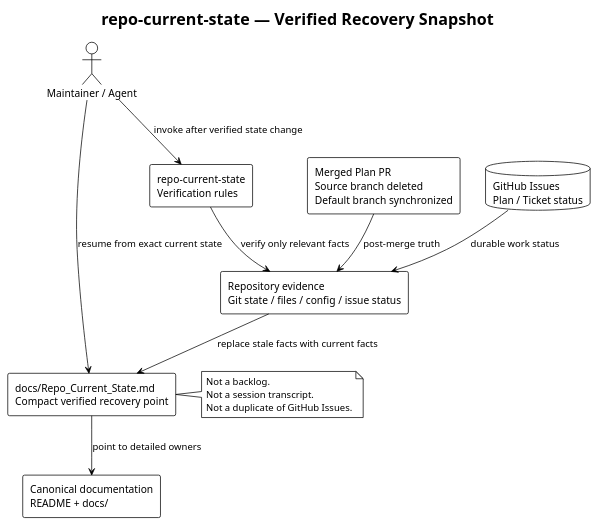
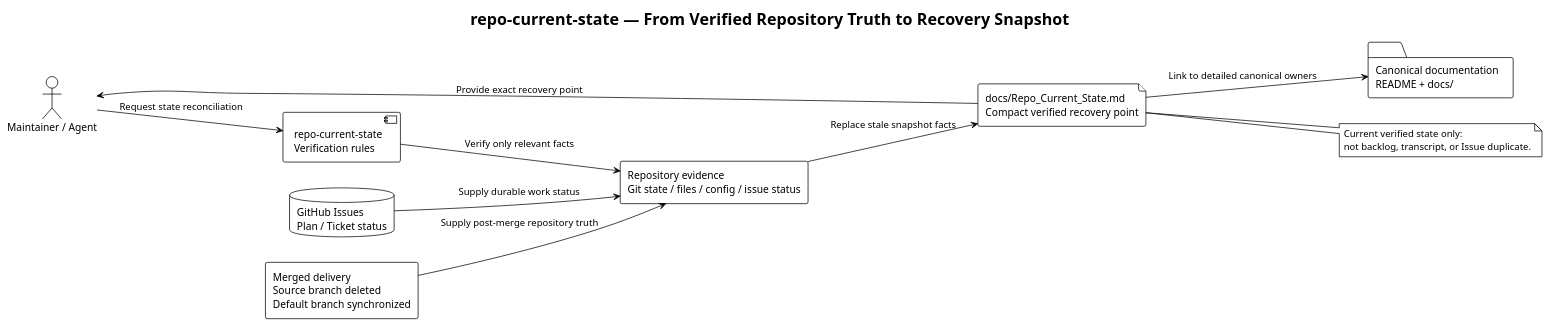
The diagram in docs/skills/repo-current-state/diagrams/repository-state.puml (i-zrhe2016/codex-development-workflow), drawn with PlantUML before and after one commit. The commit also changed 8 other files, not shown here.

Commit message:
docs(diagrams): normalize PlantUML views

```diff
--- a/docs/skills/repo-current-state/diagrams/repository-state.puml
+++ b/docs/skills/repo-current-state/diagrams/repository-state.puml
@@ -1,30 +1,29 @@
 @startuml
 !theme plain
-top to bottom direction
+left to right direction
 skinparam shadowing false
 skinparam defaultFontName Arial
 
-title repo-current-state — Verified Recovery Snapshot
+title repo-current-state — From Verified Repository Truth to Recovery Snapshot
 
 actor "Maintainer / Agent" as maintainer
-rectangle "Merged Plan PR\nSource branch deleted\nDefault branch synchronized" as delivery
+rectangle "Merged delivery\nSource branch deleted\nDefault branch synchronized" as delivery
+database "GitHub Issues\nPlan / Ticket status" as issues
 rectangle "Repository evidence\nGit state / files / config / issue status" as evidence
-rectangle "repo-current-state\nVerification rules" as skill
-rectangle "docs/Repo_Current_State.md\nCompact verified recovery point" as snapshot
-rectangle "Canonical documentation\nREADME + docs/" as docs
-database "GitHub Issues\nPlan / Ticket status" as issues
+component "repo-current-state\nVerification rules" as skill
+file "docs/Repo_Current_State.md\nCompact verified recovery point" as snapshot
+folder "Canonical documentation\nREADME + docs/" as docs
 
-maintainer --> skill : invoke after verified state change
-delivery --> evidence : post-merge truth
-issues --> evidence : durable work status
-skill --> evidence : verify only relevant facts
-evidence --> snapshot : replace stale facts with current facts
-snapshot --> docs : point to detailed owners
-maintainer --> snapshot : resume from exact current state
+maintainer --> skill : Request state reconciliation
+delivery --> evidence : Supply post-merge repository truth
+issues --> evidence : Supply durable work status
+skill --> evidence : Verify only relevant facts
+evidence --> snapshot : Replace stale snapshot facts
+snapshot --> docs : Link to detailed canonical owners
+snapshot --> maintainer : Provide exact recovery point
 
 note right of snapshot
-Not a backlog.
-Not a session transcript.
-Not a duplicate of GitHub Issues.
+Current verified state only:
+not backlog, transcript, or Issue duplicate.
 end note
 @enduml
```
